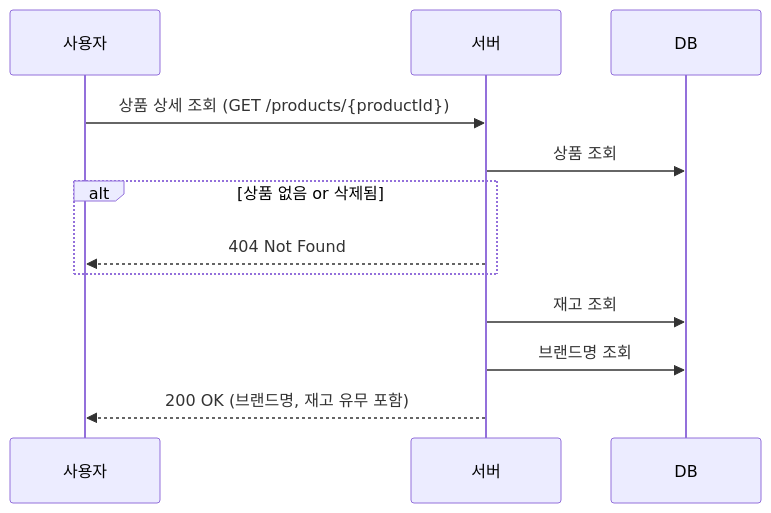
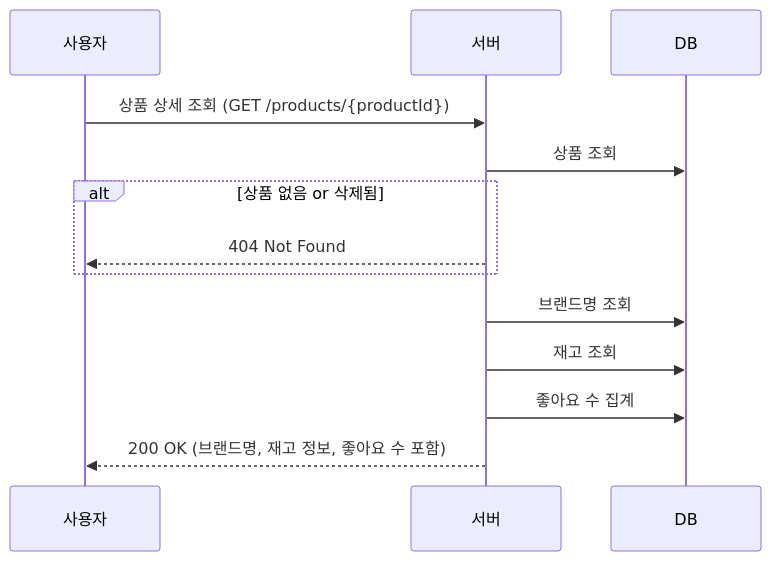
Before and after one commit to jihun-kim7/loop-pack-be-l2-vol4-java: the ninth of 20 diagrams in docs/week2/02-sequence-diagrams.md, drawn with Mermaid. The commit also changed other lines of this file and 2 other files, not shown here.

First line of the commit message:
docs(week2): VO·Domain Service 반영 (class-diagram/sequence/ERD)

````diff
--- a/docs/week2/02-sequence-diagrams.md
+++ b/docs/week2/02-sequence-diagrams.md
@@ -270,15 +270,16 @@
 ```mermaid
 sequenceDiagram
     participant 사용자
     participant 서버
     participant DB
 
     사용자->>서버: 상품 상세 조회 (GET /products/{productId})
     서버->>DB: 상품 조회
     alt 상품 없음 or 삭제됨
         서버-->>사용자: 404 Not Found
     end
+    서버->>DB: 브랜드명 조회
     서버->>DB: 재고 조회
-    서버->>DB: 브랜드명 조회
-    서버-->>사용자: 200 OK (브랜드명, 재고 유무 포함)
+    서버->>DB: 좋아요 수 집계
+    서버-->>사용자: 200 OK (브랜드명, 재고 정보, 좋아요 수 포함)
 ```
````
